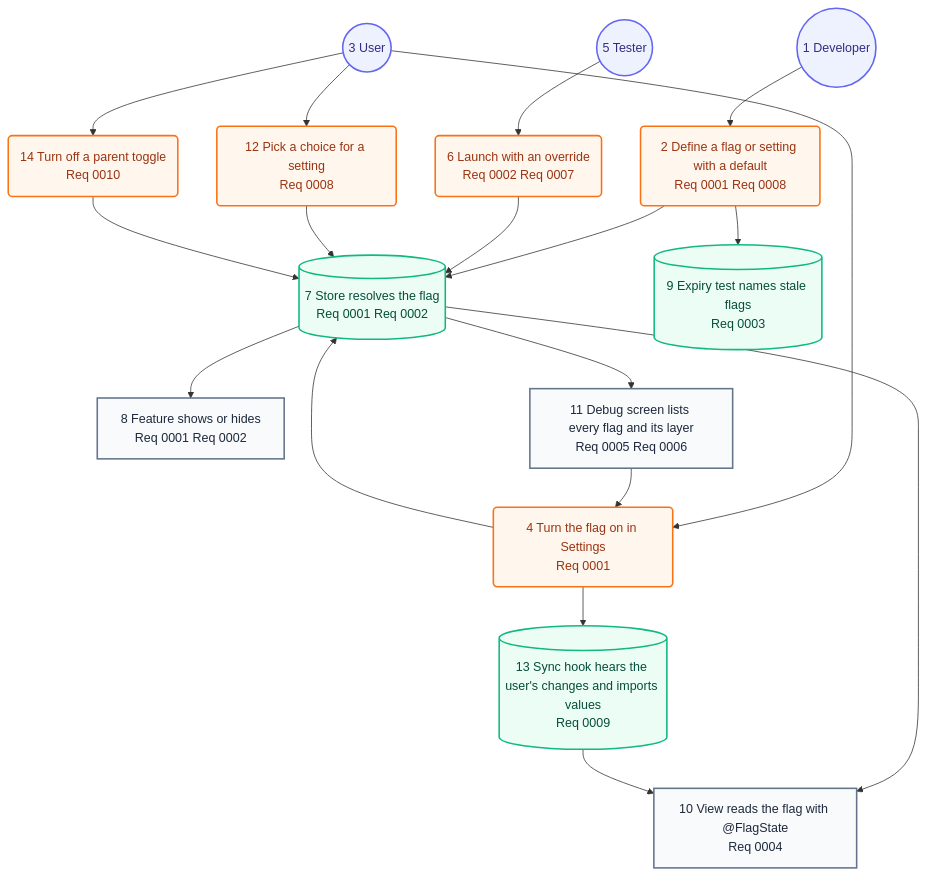
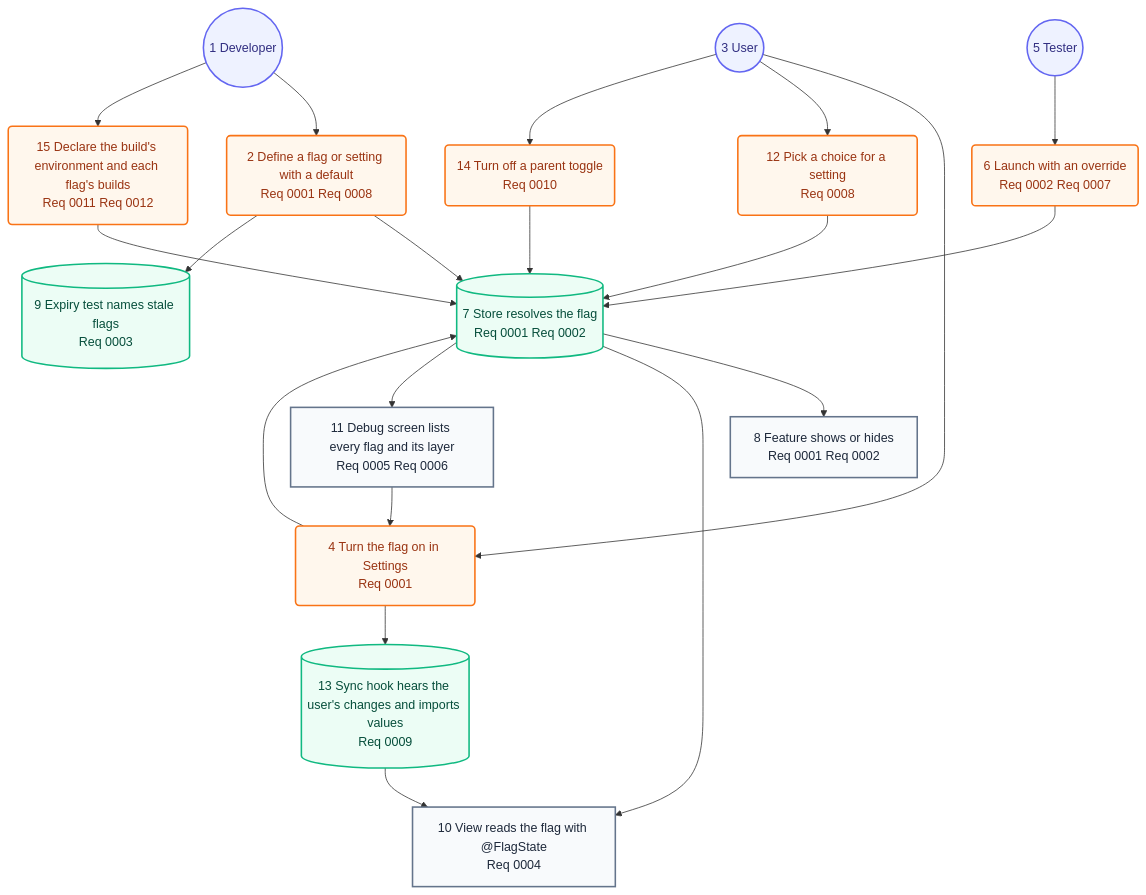
One commit to may-journal/feature-flag-kit changed the second of 2 diagrams in docs/architecture/05-user-journey.md. Above: the diagram before and after it, drawn with Mermaid. The commit also changed other lines of this file and 19 other files, not shown here.

First line of the commit message:
feat(core): ship each flag in the environments it names

````diff
--- a/docs/architecture/05-user-journey.md
+++ b/docs/architecture/05-user-journey.md
@@ -31,40 +31,43 @@
 ```mermaid
 flowchart TB
     developer((1 Developer)):::persona
     define(2 Define a flag or setting with a default<br/>Req 0001 Req 0008):::action
     user((3 User)):::persona
     toggle(4 Turn the flag on in Settings<br/>Req 0001):::action
     tester((5 Tester)):::persona
     launch(6 Launch with an override<br/>Req 0002 Req 0007):::action
     resolve[(7 Store resolves the flag<br/>Req 0001 Req 0002)]:::system
     feature[8 Feature shows or hides<br/>Req 0001 Req 0002]:::screen
     expiry[(9 Expiry test names stale flags<br/>Req 0003)]:::system
     view[10 View reads the flag with @FlagState<br/>Req 0004]:::screen
     debug[11 Debug screen lists every flag and its layer<br/>Req 0005 Req 0006]:::screen
     choose(12 Pick a choice for a setting<br/>Req 0008):::action
     sync[(13 Sync hook hears the user's changes and imports values<br/>Req 0009)]:::system
     group(14 Turn off a parent toggle<br/>Req 0010):::action
+    environment(15 Declare the build's environment and each flag's builds<br/>Req 0011 Req 0012):::action
 
     developer --> define
     user --> toggle
     tester --> launch
     define --> resolve
     toggle --> resolve
     launch --> resolve
     resolve --> feature
     define --> expiry
     resolve --> view
     resolve --> debug
     debug --> toggle
     user --> choose
     choose --> resolve
     toggle --> sync
     sync --> view
     user --> group
     group --> resolve
+    developer --> environment
+    environment --> resolve
 
     classDef persona fill:#eef2ff,stroke:#6366f1,color:#312e81,stroke-width:2px
     classDef screen fill:#f8fafc,stroke:#64748b,color:#1e293b,stroke-width:2px
     classDef action fill:#fff7ed,stroke:#f97316,color:#9a3412,stroke-width:2px
     classDef system fill:#ecfdf5,stroke:#10b981,color:#064e3b,stroke-width:2px
 ```
````
